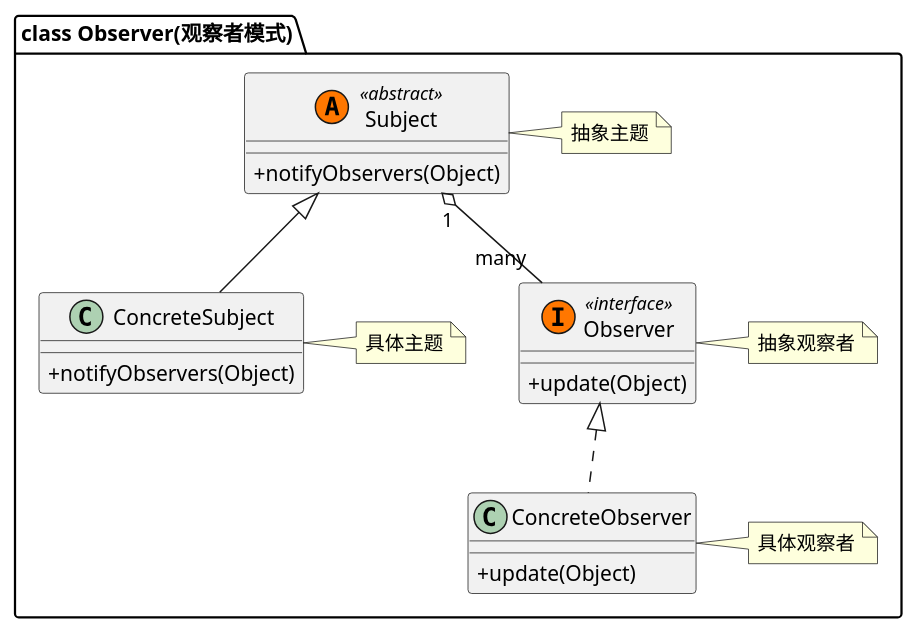
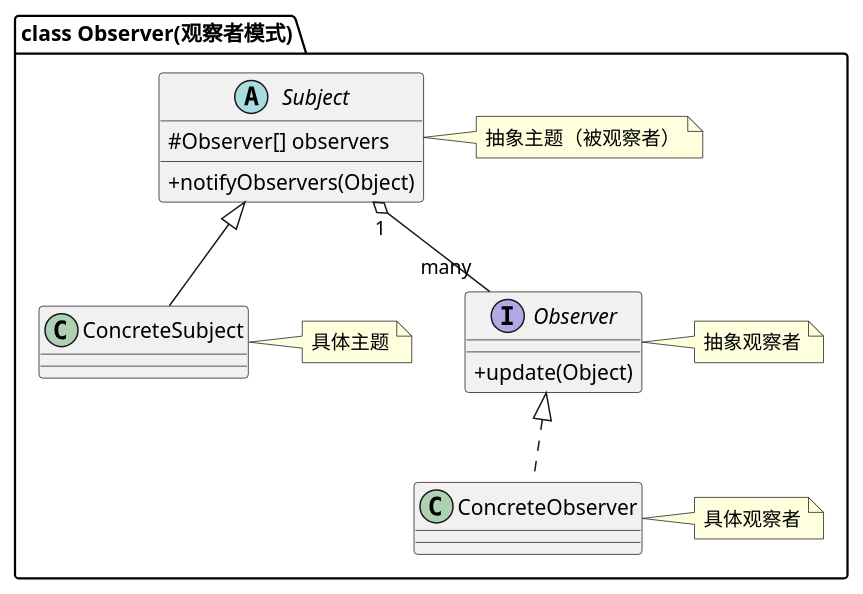
The diagram in 002tech_notes/10设计模式/18、观察者模式(observer pattern).md (SubtleSpark/develop-note), drawn with PlantUML before and after one commit. The commit also changed other lines of this file and 2 other files, not shown here.

````diff
--- a/002tech_notes/10设计模式/18、观察者模式(observer pattern).md
+++ b/002tech_notes/10设计模式/18、观察者模式(observer pattern).md
@@ -2,36 +13,37 @@
 ```plantuml
 @startuml
 skinparam classAttributeIconSize 0
 
 package "class Observer(观察者模式)" {
-    class Subject<< (A,#FF7700) abstract>>
+    abstract Subject
     {
-    +notifyObservers(Object)
+    # Observer[] observers
+    
+    + notifyObservers(Object)
     }
-    note right: 抽象主题
+    note right: 抽象主题（被观察者）
 
     class ConcreteSubject
     {
-    +notifyObservers(Object)
+
     }
     note right: 具体主题
 
-    class Observer<< (I,#FF7700) interface>>
+    interface Observer
     {
     +update(Object)
     }
     note right: 抽象观察者
 
     class ConcreteObserver
     {
-    +update(Object)
+
     }
     note right: 具体观察者
 
     Subject <|-- ConcreteSubject
     Subject "1" o-- "many" Observer
     Observer <|.. ConcreteObserver
 }
 @enduml
-
 ```
````
